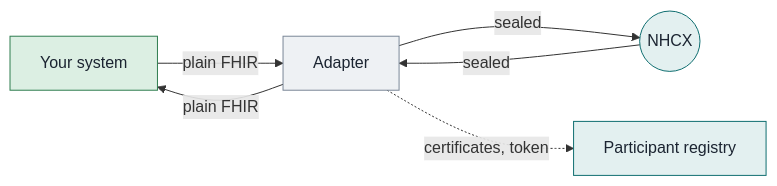
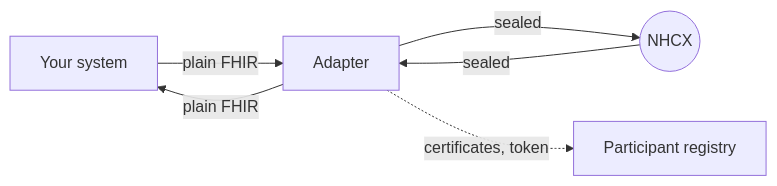
The diagram in site/docs/nhcx/v1/getting-started/nhcx-adapter.md (nha-in/docs), drawn with Mermaid before and after one commit. The commit also changed other lines of this file and 178 other files, not shown here.

````diff
--- a/site/docs/nhcx/v1/getting-started/nhcx-adapter.md
+++ b/site/docs/nhcx/v1/getting-started/nhcx-adapter.md
@@ -42,14 +35,8 @@
 ```mermaid
 flowchart LR
-  classDef provider fill:#DCEFE3,stroke:#2E7D4F,color:#1B2431
-  classDef exchange fill:#E3F0F0,stroke:#0F6E70,color:#1B2431
-  classDef other fill:#EEF1F4,stroke:#7A8797,color:#1B2431
   HMIS[Your system] -->|plain FHIR| A[Adapter]
   A -->|sealed| X((NHCX))
   X -->|sealed| A
   A -->|plain FHIR| HMIS
   A -.->|certificates, token| R[Participant registry]
-  class HMIS provider
-  class A other
-  class X,R exchange
 ```
````
